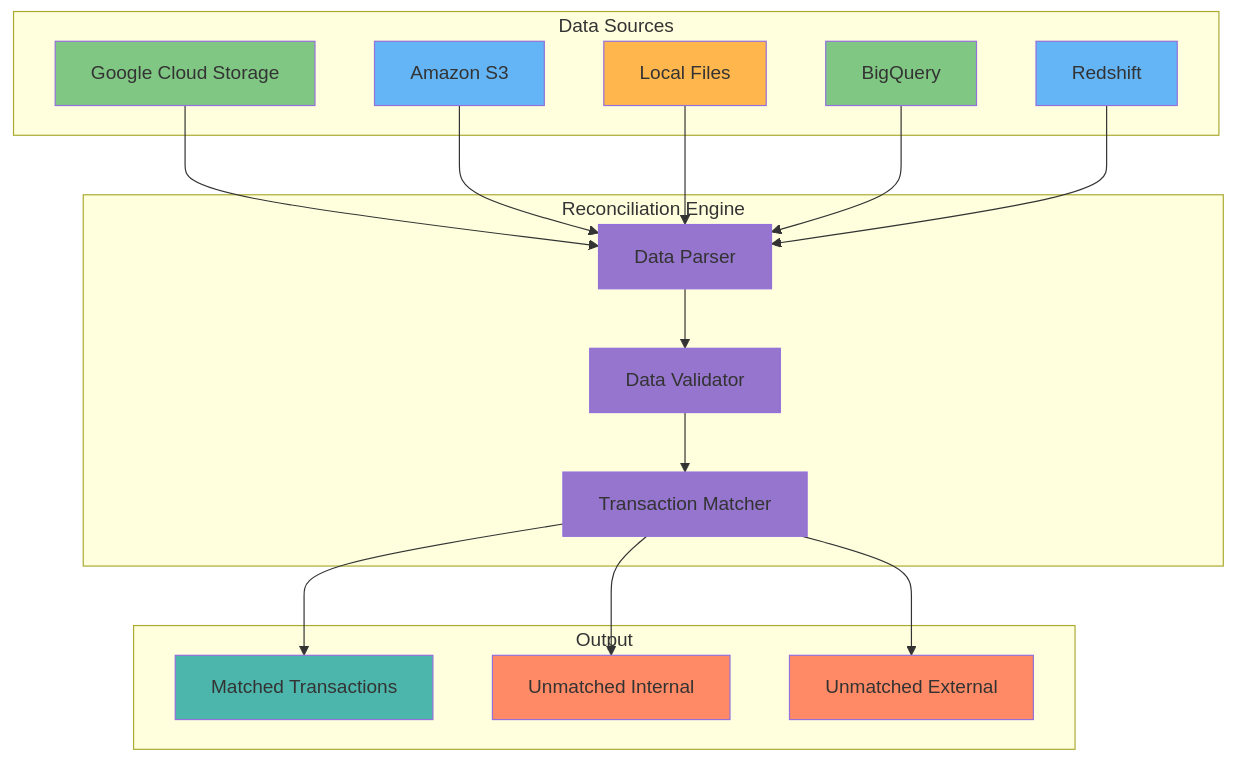
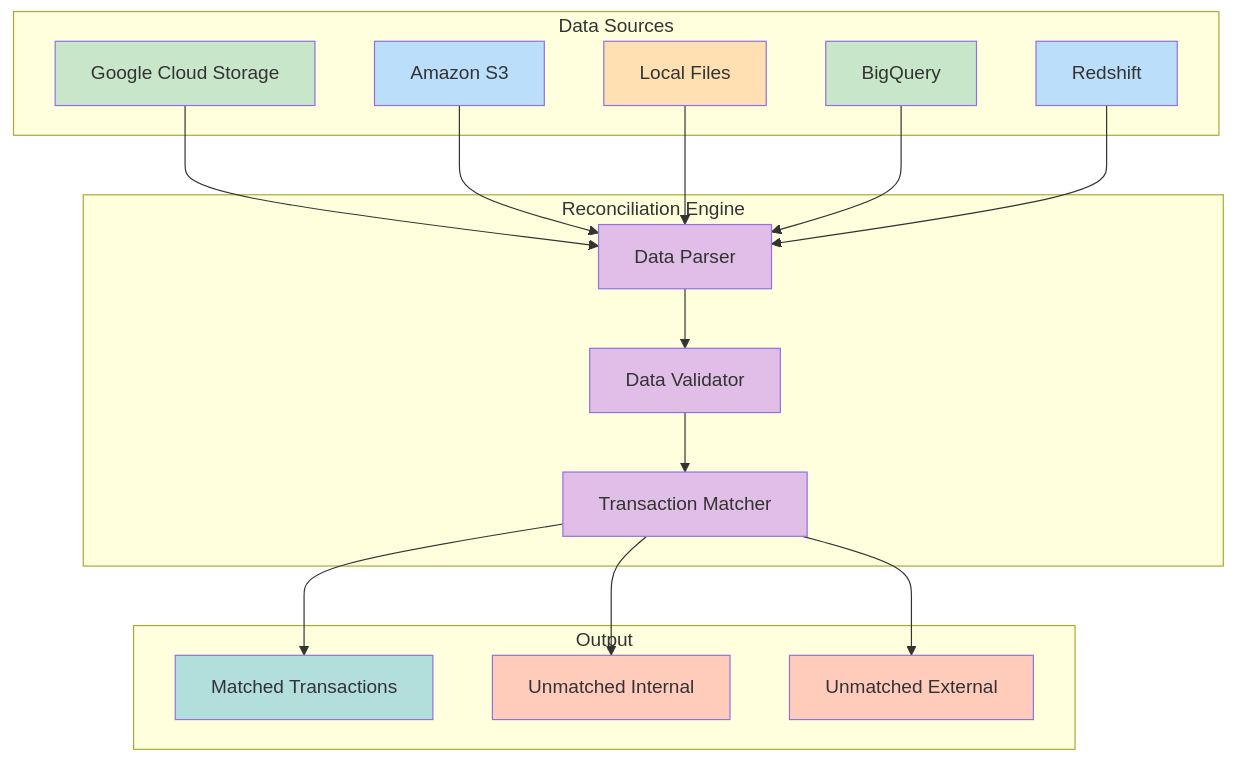
The first of 3 diagrams in README.MD (tomshannon1/reconciliation-engine), drawn with Mermaid before and after one commit. The commit also changed other lines of this file, not shown here.

````diff
--- a/README.MD
+++ b/README.MD
@@ -32,45 +32,45 @@
 ```mermaid
 graph TD
     subgraph "Data Sources"
         GCS[Google Cloud Storage]
         S3[Amazon S3]
         Local[Local Files]
         BQ[BigQuery]
         RS[Redshift]
     end
 
     subgraph "Reconciliation Engine"
         Parser[Data Parser]
         Matcher[Transaction Matcher]
         Validator[Data Validator]
     end
 
     subgraph "Output"
         MT[Matched Transactions]
         UI[Unmatched Internal]
         UE[Unmatched External]
     end
 
     GCS --> Parser
     S3 --> Parser
     Local --> Parser
     BQ --> Parser
     RS --> Parser
     Parser --> Validator
     Validator --> Matcher
     Matcher --> MT
     Matcher --> UI
     Matcher --> UE
 
-    style GCS fill:#81C784
-    style S3 fill:#64B5F6
-    style Local fill:#FFB74D
-    style BQ fill:#81C784
-    style RS fill:#64B5F6
-    style Parser fill:#9575CD
-    style Matcher fill:#9575CD
-    style Validator fill:#9575CD
-    style MT fill:#4DB6AC
-    style UI fill:#FF8A65
-    style UE fill:#FF8A65
+    style GCS fill:#C8E6C9
+    style S3 fill:#BBDEFB
+    style Local fill:#FFE0B2
+    style BQ fill:#C8E6C9
+    style RS fill:#BBDEFB
+    style Parser fill:#E1BEE7
+    style Matcher fill:#E1BEE7
+    style Validator fill:#E1BEE7
+    style MT fill:#B2DFDB
+    style UI fill:#FFCCBC
+    style UE fill:#FFCCBC
 ```
````
